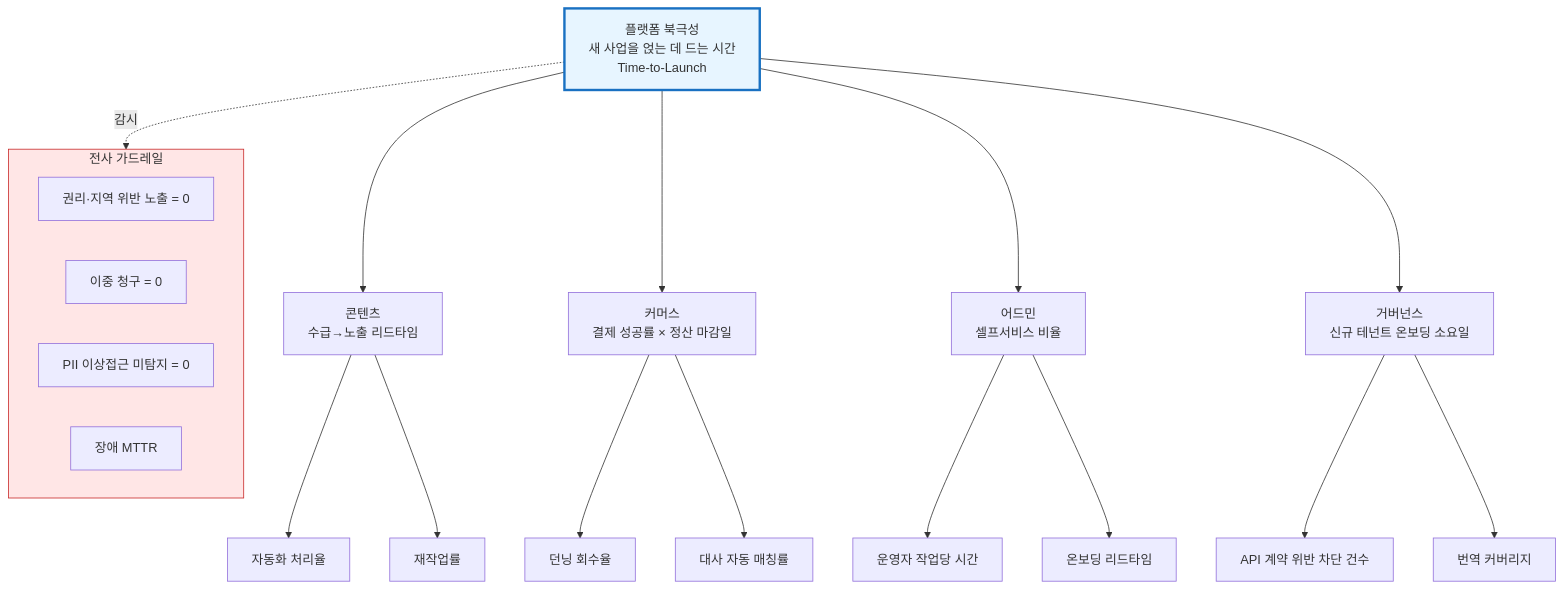
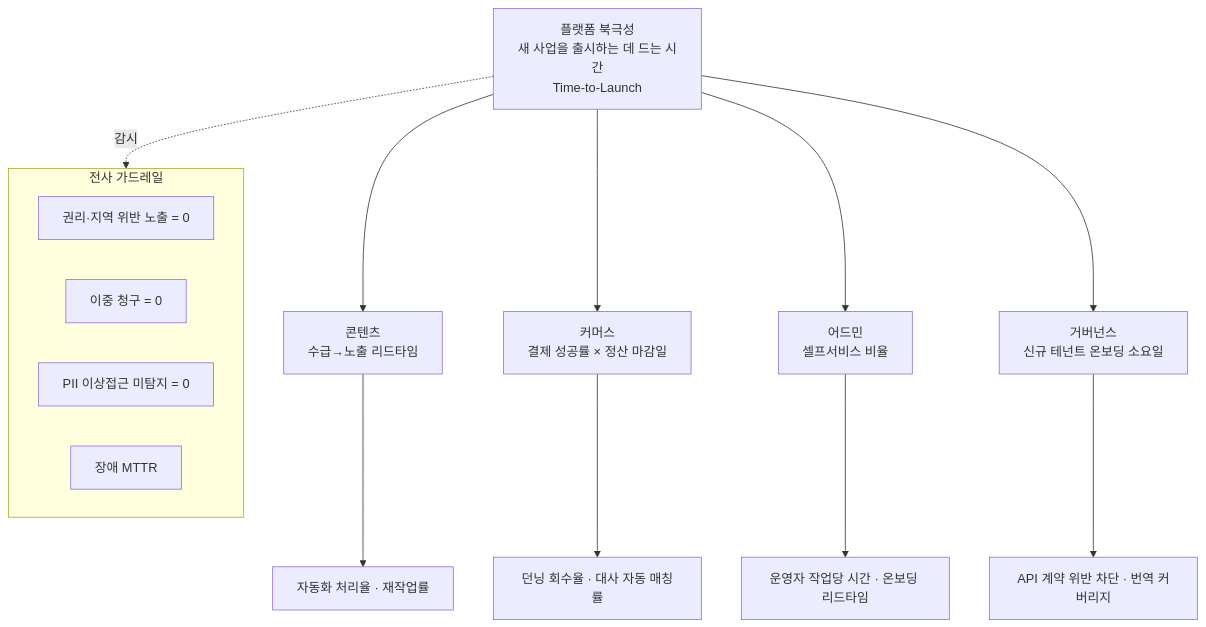
Before and after one commit to withwooyong/withwooyong.github.io: diagram 16 of 17 in pages/product-lead-loadmap/04_거버넌스_글로벌.md, drawn with Mermaid. The commit also changed other lines of this file and 16 other files, not shown here.

````diff
--- a/pages/product-lead-loadmap/04_거버넌스_글로벌.md
+++ b/pages/product-lead-loadmap/04_거버넌스_글로벌.md
@@ -846,30 +887,23 @@
 ```mermaid
 flowchart TD
-    TOP["플랫폼 북극성<br/>새 사업을 얹는 데 드는 시간<br/>Time-to-Launch"]
+    TOP["플랫폼 북극성<br/>새 사업을 출시하는 데 드는 시간<br/>Time-to-Launch"]
 
     TOP --> C["콘텐츠<br/>수급→노출 리드타임"]
     TOP --> P["커머스<br/>결제 성공률 × 정산 마감일"]
     TOP --> A["어드민<br/>셀프서비스 비율"]
     TOP --> G["거버넌스<br/>신규 테넌트 온보딩 소요일"]
 
-    C --> C1["자동화 처리율"]
-    C --> C2["재작업률"]
-    P --> P1["던닝 회수율"]
-    P --> P2["대사 자동 매칭률"]
-    A --> A1["운영자 작업당 시간"]
-    A --> A2["온보딩 리드타임"]
-    G --> G1["API 계약 위반 차단 건수"]
-    G --> G2["번역 커버리지"]
+    C --> C1["자동화 처리율 · 재작업률"]
+    P --> P1["던닝 회수율 · 대사 자동 매칭률"]
+    A --> A1["운영자 작업당 시간 · 온보딩 리드타임"]
+    G --> G1["API 계약 위반 차단 · 번역 커버리지"]
 
     subgraph GR["전사 가드레일"]
         X1["권리·지역 위반 노출 = 0"]
         X2["이중 청구 = 0"]
         X3["PII 이상접근 미탐지 = 0"]
         X4["장애 MTTR"]
     end
 
     TOP -.감시.-> GR
-
-    style TOP fill:#e7f5ff,stroke:#1971c2,stroke-width:3px
-    style GR fill:#ffe6e6,stroke:#c92a2a
 ```
````
